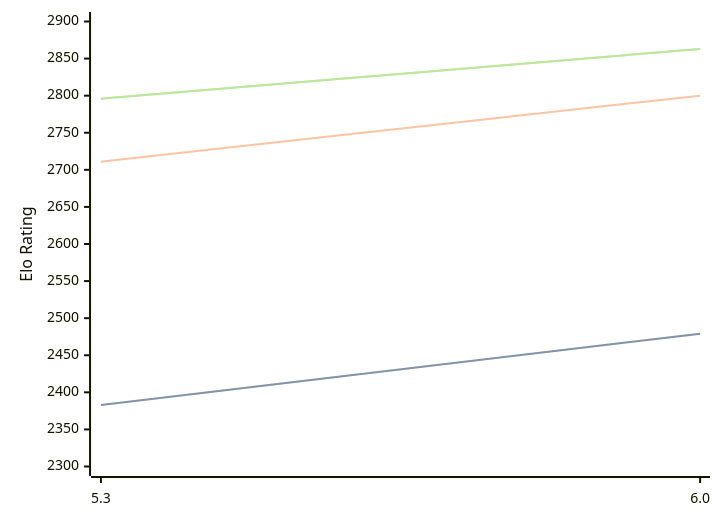
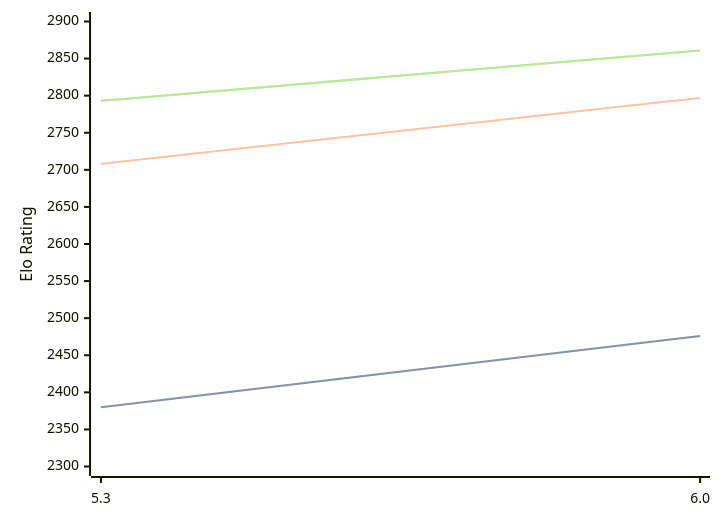
Before and after one commit to computer-chess-index/cci: the diagram in engines/tomitankChess.md, drawn with Mermaid. The commit also changed other lines of this file, not shown here.

Commit message:
Update CCI Ratings (ELO VLTC) - 2026-06-08

````diff
--- a/engines/tomitankChess.md
+++ b/engines/tomitankChess.md
@@ -40,11 +40,11 @@
 ```mermaid
 %%{init: {"theme":"base","themeVariables":{"seriesColors:['#a3a3a3','#222221','#faa371']}}}%%
 xychart-beta
   x-axis ["5.3", "6.0"]
   y-axis "Elo Rating" 2300 --> 2900
-  line "STC (8.0+0.08s)" [2383, 2479]
-  line "STC (8.0+0.08s)" [2383, 2479]
-  line "LTC (60.0+0.60s)" [2711, 2800]
-  line "VLTC (2m24s+1.12s)" [2796, 2863]
-  line "VLTC (2m24s+1.12s)" [2796, 2863]
+  line "STC (8.0+0.08s)" [2380, 2476]
+  line "STC (8.0+0.08s)" [2380, 2476]
+  line "LTC (60.0+0.60s)" [2708, 2797]
+  line "VLTC (2m24s+1.12s)" [2793, 2861]
+  line "VLTC (2m24s+1.12s)" [2793, 2861]
 ```
````
